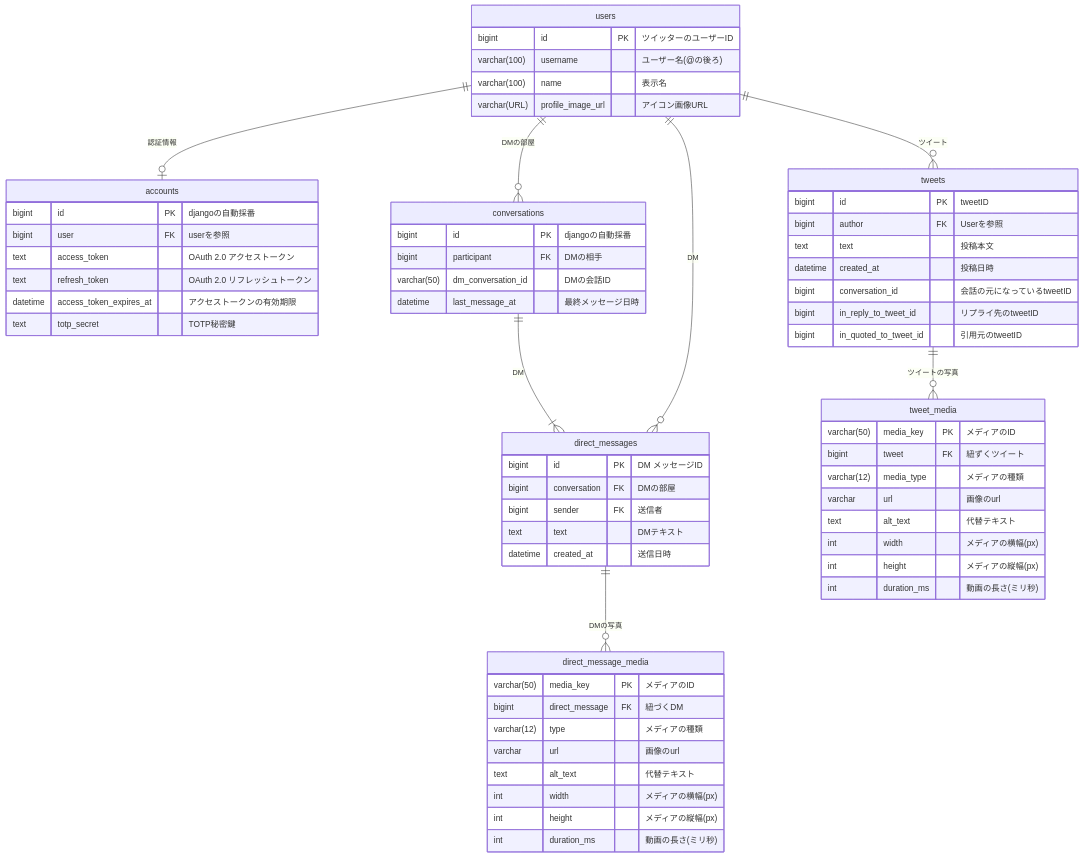
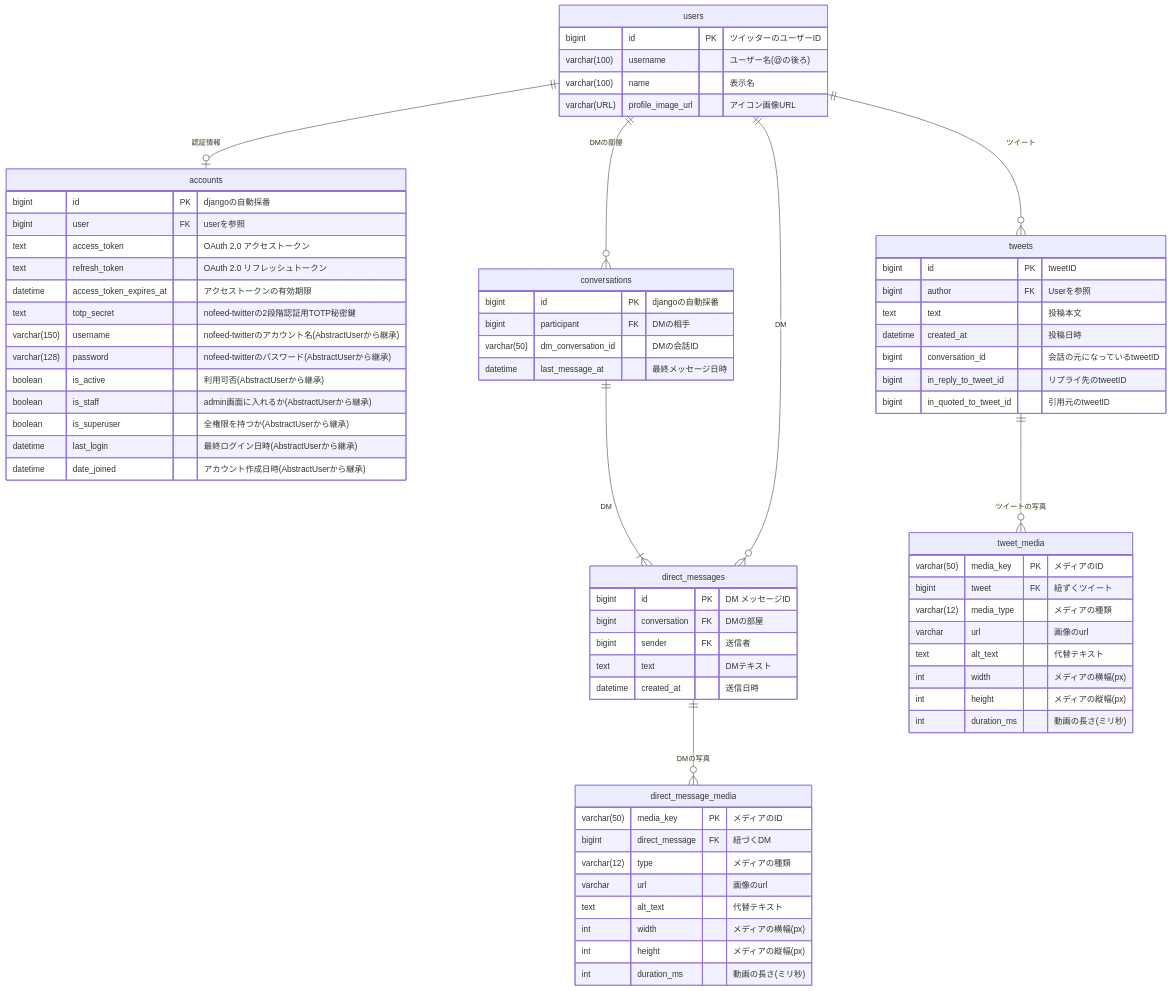
One commit to Akeno-p/nofeed-twitter changed the diagram in docs/design/databese.md. Above: the diagram before and after it, drawn with Mermaid. The commit also changed other lines of this file and 2 other files, not shown here.

Commit message:
feat(user): update database desing to inherit Django's AbstractUser

````diff
--- a/docs/design/databese.md
+++ b/docs/design/databese.md
@@ -18,73 +19,80 @@
 ```mermaid
 erDiagram
     users ||--o| accounts : "認証情報"
     users ||--o{ tweets:"ツイート"
     users ||--o{ conversations:"DMの部屋"
     conversations||--|{ direct_messages:"DM"
     users ||--o{ direct_messages:"DM"
     tweets ||--o{ tweet_media:"ツイートの写真"
     direct_messages||--o{ direct_message_media:"DMの写真"
 
 users{
     bigint id PK "ツイッターのユーザーID"
     varchar(100) username "ユーザー名(@の後ろ)"
     varchar(100) name "表示名"
     varchar(URL) profile_image_url "アイコン画像URL"
 }
 
 accounts{
     bigint id PK "djangoの自動採番"
     bigint user FK "userを参照"
     text access_token "OAuth 2.0 アクセストークン"
     text refresh_token "OAuth 2.0 リフレッシュトークン"
     datetime access_token_expires_at "アクセストークンの有効期限"
-    text totp_secret "TOTP秘密鍵"
+    text totp_secret "nofeed-twitterの2段階認証用TOTP秘密鍵"
+    varchar(150) username "nofeed-twitterのアカウント名(AbstractUserから継承)"
+    varchar(128) password "nofeed-twitterのパスワード(AbstractUserから継承)"
+    boolean is_active "利用可否(AbstractUserから継承)"
+    boolean is_staff "admin画面に入れるか(AbstractUserから継承)"
+    boolean is_superuser "全権限を持つか(AbstractUserから継承)"
+    datetime last_login "最終ログイン日時(AbstractUserから継承)"
+    datetime date_joined "アカウント作成日時(AbstractUserから継承)"
 }
 
 tweets{
     bigint id PK "tweetID"
     bigint author FK "Userを参照"
     text text "投稿本文"
     datetime created_at "投稿日時"
     bigint conversation_id "会話の元になっているtweetID"
     bigint in_reply_to_tweet_id "リプライ先のtweetID"
     bigint in_quoted_to_tweet_id "引用元のtweetID"
     }
 
 conversations{
     bigint id PK "djangoの自動採番"
     bigint participant FK "DMの相手"
     varchar(50) dm_conversation_id "DMの会話ID"
     datetime last_message_at "最終メッセージ日時"
 }
 
 direct_messages{
     bigint id PK "DM メッセージID"
     bigint conversation FK "DMの部屋"
     bigint sender FK "送信者"
     text text "DMテキスト"
     datetime created_at "送信日時"
 }
 
 tweet_media{
     varchar(50) media_key PK "メディアのID"
     bigint tweet FK "紐ずくツイート"
     varchar(12) media_type "メディアの種類"
     varchar url "画像のurl"
     text alt_text "代替テキスト"
     int width "メディアの横幅(px)"
     int height "メディアの縦幅(px)"
     int duration_ms "動画の長さ(ミリ秒)"
 }
 
 direct_message_media{
     varchar(50) media_key PK "メディアのID"
     bigint direct_message FK "紐づくDM"
     varchar(12) type "メディアの種類"
     varchar url "画像のurl"
     text alt_text "代替テキスト"
     int width "メディアの横幅(px)"
     int height "メディアの縦幅(px)"
     int duration_ms "動画の長さ(ミリ秒)"
 }
 ```
````
